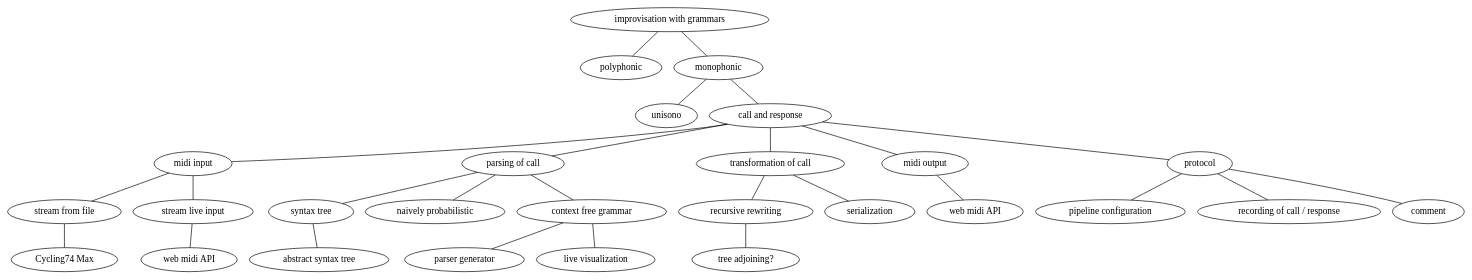
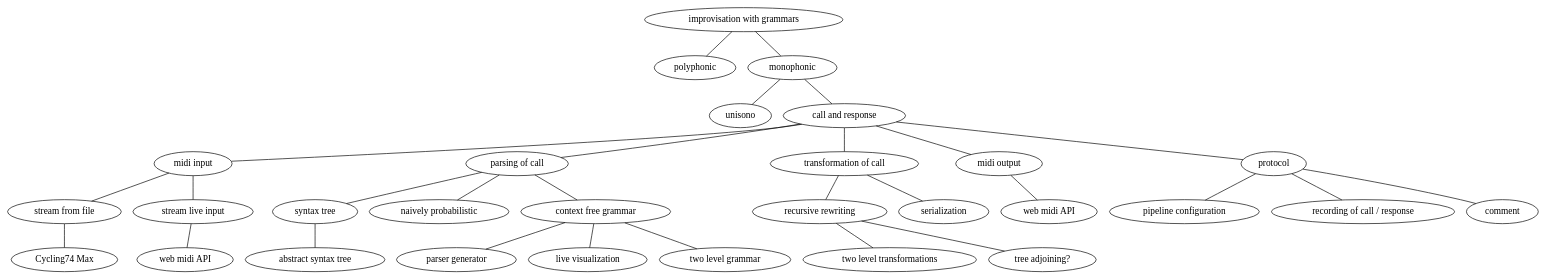
Before and after one commit to spirio-sessions/grammar-music: the diagram in meta/ma-ideas.dot, drawn with Graphviz. The commit also changed 3 other files, not shown here.

First line of the commit message:
added multi-level intervallic transformations

```diff
--- a/meta/ma-ideas.dot
+++ b/meta/ma-ideas.dot
@@ -1,63 +1,69 @@
 graph G {
 
   start [label="improvisation with grammars"]
   polyphonic
   monophonic
   unisono
   cnr [label="call and response"]
   midiin [label="midi input"]
   strf [label="stream from file"]
   strl [label="stream live input"]
   cyc74max [label="Cycling74 Max"]
   webmidiin [label="web midi API"]
   poc [label="parsing of call"]
   st [label="syntax tree"]
   nvprb [label="naively probabilistic"]
   ast [label="abstract syntax tree"]
   recrew [label="recursive rewriting"]
+  tlt [label="two level transformations"]
   srlz [label="serialization"]
   tradj [label="tree adjoining?"]
   toc [label="transformation of call"]
   midiout [label="midi output"]
   webmidiout [label="web midi API"]
   cfg [label="context free grammar"]
   pgen [label="parser generator"]
   viz [label="live visualization"]
+  tlg [label="two level grammar"]
   ptcl [label="protocol"]
   cfgs [label="pipeline configuration"]
   rec [label="recording of call / response"]
   comm [label="comment"]
 
   start -- polyphonic
   start -- monophonic
   monophonic -- unisono
   monophonic -- cnr
 
     cnr -- midiin // symbolic vs. raw audio omitted
       midiin -- strf
         strf -- cyc74max
       midiin -- strl
         strl -- webmidiin
 
     cnr -- poc
     poc -- cfg
       cfg -- pgen
       cfg -- viz
+      cfg -- tlg
+
     poc -- nvprb
     poc -- st
       st -- ast
 
     cnr -- toc
       toc -- recrew
       toc -- srlz
+        recrew -- tlt
         recrew -- tradj
+
 
     cnr -- midiout
       midiout -- webmidiout
 
     cnr -- ptcl
       ptcl -- cfgs
       ptcl -- rec
       ptcl -- comm
   
 }
```
